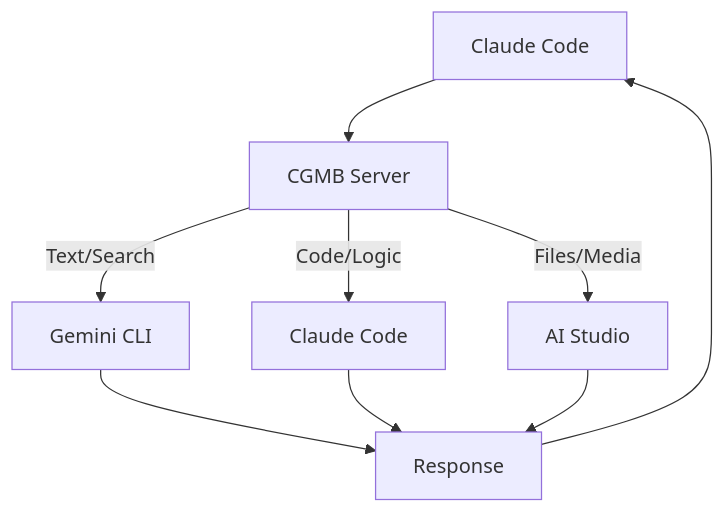
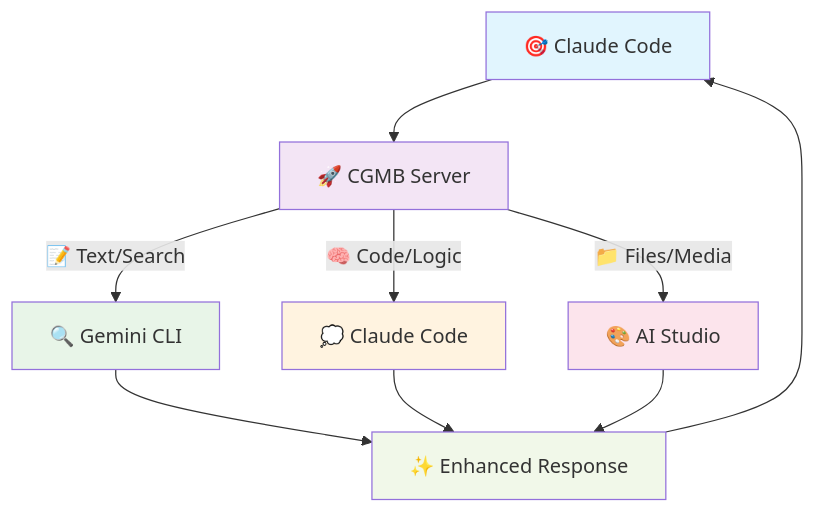
The diagram in README.md (goodaymmm/claude-gemini-multimodal-bridge), drawn with Mermaid before and after one commit.

Commit message:
🎨 style: Enhanced architecture diagram with icons and colors
- Add meaningful emojis for each component (🎯 🚀 🔍 💭 🎨 ✨)
- Apply soft color scheme with distinct colors for each layer
- Improve edge labels with descriptive icons (📝 🧠 📁)
- Create visually appealing and professional diagram

🤖 Generated with [Claude Code](https://claude.ai/code)

````diff
--- a/README.md
+++ b/README.md
@@ -36,14 +36,21 @@
 ```mermaid
 graph TD
-    A[Claude Code] --> B[CGMB Server]
+    A[🎯 Claude Code] --> B[🚀 CGMB Server]
     
-    B -->|Text/Search| C[Gemini CLI]
-    B -->|Code/Logic| D[Claude Code] 
-    B -->|Files/Media| E[AI Studio]
+    B -->|📝 Text/Search| C[🔍 Gemini CLI]
+    B -->|🧠 Code/Logic| D[💭 Claude Code] 
+    B -->|📁 Files/Media| E[🎨 AI Studio]
     
-    C --> F[Response]
+    C --> F[✨ Enhanced Response]
     D --> F
     E --> F
     
     F --> A
+    
+    style A fill:#e1f5fe
+    style B fill:#f3e5f5
+    style C fill:#e8f5e8
+    style D fill:#fff3e0
+    style E fill:#fce4ec
+    style F fill:#f1f8e9
 ```
````
